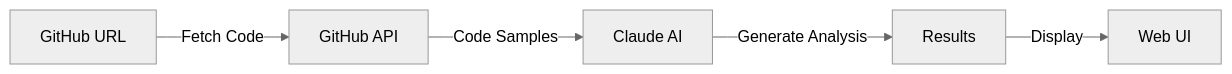
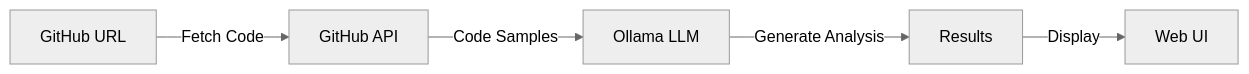
Before and after one commit to rishmi5h/smar-ai: the diagram in README.md, drawn with Mermaid (neutral theme). The commit also changed other lines of this file and 2 other files, not shown here.

````diff
--- a/README.md
+++ b/README.md
@@ -60,7 +68,7 @@
 ```mermaid
 graph LR
     A[GitHub URL] -->|Fetch Code| B[GitHub API]
-    B -->|Code Samples| C[Claude AI]
+    B -->|Code Samples| C[Ollama LLM]
     C -->|Generate Analysis| D[Results]
     D -->|Display| E[Web UI]
 ```
````
